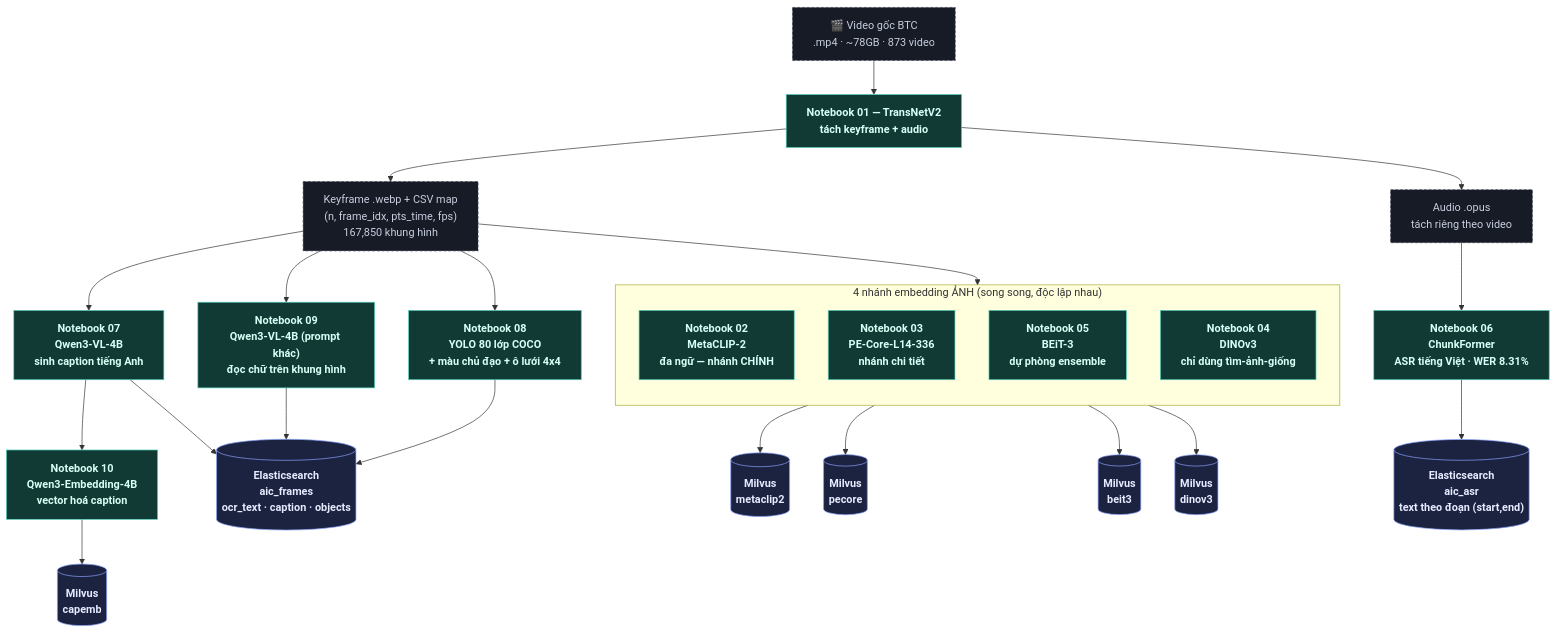
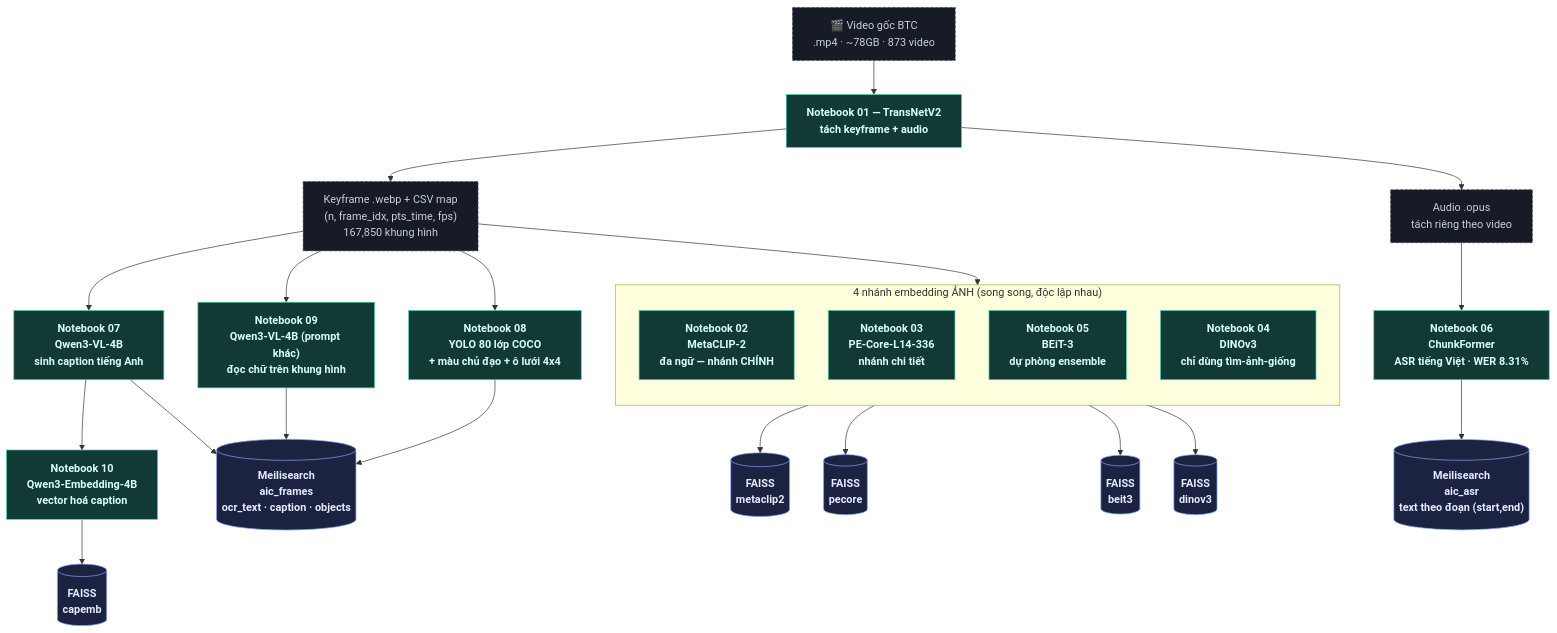
The second of 6 diagrams in PIPELINE.md (manhdungcr7/RTC_SYSTEM), drawn with Mermaid before and after one commit. The commit also changed other lines of this file and 23 other files, not shown here.

````diff
--- a/PIPELINE.md
+++ b/PIPELINE.md
@@ -54,38 +54,38 @@
 ```mermaid
 flowchart TD
   classDef offline fill:#123a35,stroke:#52d1bd,color:#d8fff6,font-weight:600;
   classDef infra fill:#1c2340,stroke:#8aa2ff,color:#e6ebff,font-weight:600;
   classDef io fill:#161b26,stroke:#3a4256,color:#c7cede,stroke-dasharray: 4 3;
 
   V["🎬 Video gốc BTC<br/>.mp4 · ~78GB · 873 video"]:::io
   V --> TN["Notebook 01 — TransNetV2<br/>tách keyframe + audio"]:::offline
   TN --> KF["Keyframe .webp + CSV map<br/>(n, frame_idx, pts_time, fps)<br/>167,850 khung hình"]:::io
   TN --> AU["Audio .opus<br/>tách riêng theo video"]:::io
 
   subgraph EMB["4 nhánh embedding ẢNH (song song, độc lập nhau)"]
     direction TB
     MC["Notebook 02<br/>MetaCLIP-2<br/>đa ngữ — nhánh CHÍNH"]:::offline
     PC["Notebook 03<br/>PE-Core-L14-336<br/>nhánh chi tiết"]:::offline
     B3["Notebook 05<br/>BEiT-3<br/>dự phòng ensemble"]:::offline
     DV["Notebook 04<br/>DINOv3<br/>chỉ dùng tìm-ảnh-giống"]:::offline
   end
   KF --> EMB
 
   KF --> CAP["Notebook 07<br/>Qwen3-VL-4B<br/>sinh caption tiếng Anh"]:::offline
   CAP --> CE["Notebook 10<br/>Qwen3-Embedding-4B<br/>vector hoá caption"]:::offline
 
   KF --> OCR["Notebook 09<br/>Qwen3-VL-4B (prompt khác)<br/>đọc chữ trên khung hình"]:::offline
   KF --> OBJ["Notebook 08<br/>YOLO 80 lớp COCO<br/>+ màu chủ đạo + ô lưới 4x4"]:::offline
   AU --> ASR["Notebook 06<br/>ChunkFormer<br/>ASR tiếng Việt · WER 8.31%"]:::offline
 
-  MC --> MV1[("Milvus<br/>metaclip2")]:::infra
-  PC --> MV2[("Milvus<br/>pecore")]:::infra
-  B3 --> MV3[("Milvus<br/>beit3")]:::infra
-  DV --> MV4[("Milvus<br/>dinov3")]:::infra
-  CE --> MV5[("Milvus<br/>capemb")]:::infra
+  MC --> MV1[("FAISS<br/>metaclip2")]:::infra
+  PC --> MV2[("FAISS<br/>pecore")]:::infra
+  B3 --> MV3[("FAISS<br/>beit3")]:::infra
+  DV --> MV4[("FAISS<br/>dinov3")]:::infra
+  CE --> MV5[("FAISS<br/>capemb")]:::infra
 
-  OCR --> ES1[("Elasticsearch<br/>aic_frames<br/>ocr_text · caption · objects")]:::infra
-  OBJ --> ES1
-  CAP --> ES1
-  ASR --> ES2[("Elasticsearch<br/>aic_asr<br/>text theo đoạn (start,end)")]:::infra
+  OCR --> MS1[("Meilisearch<br/>aic_frames<br/>ocr_text · caption · objects")]:::infra
+  OBJ --> MS1
+  CAP --> MS1
+  ASR --> MS2[("Meilisearch<br/>aic_asr<br/>text theo đoạn (start,end)")]:::infra
 ```
````
